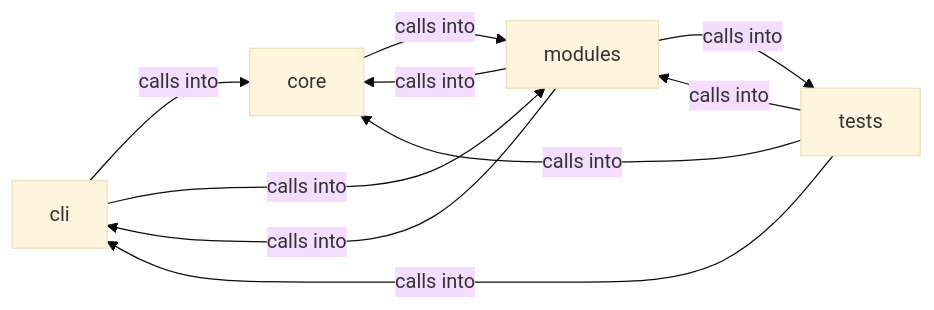
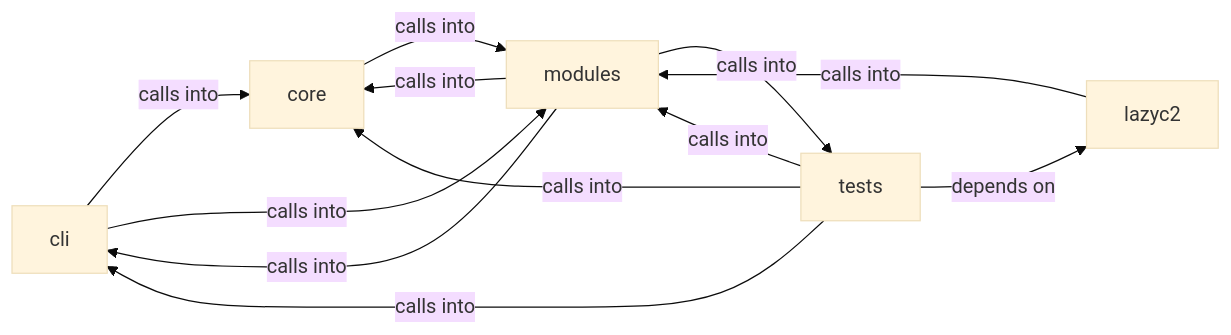
One commit to grisuno/LazyOwn changed the diagram in readmenator-diagrams/modules_lazy_loop.md. Above: the diagram before and after it, drawn with Mermaid (base theme). The commit also changed other lines of this file and 378 other files, not shown here.

````diff
--- a/readmenator-diagrams/modules_lazy_loop.md
+++ b/readmenator-diagrams/modules_lazy_loop.md
@@ -5,16 +5,19 @@
 ```mermaid
 graph LR
     cli["cli"]
     core["core"]
+    lazyc2["lazyc2"]
     modules["modules"]
     tests["tests"]
     cli -- "calls into" --> core
     cli -- "calls into" --> modules
     core -- "calls into" --> modules
+    lazyc2 -- "calls into" --> modules
     modules -- "calls into" --> cli
     modules -- "calls into" --> core
     modules -- "calls into" --> tests
     tests -- "calls into" --> cli
     tests -- "calls into" --> core
+    tests -- "depends on" --> lazyc2
     tests -- "calls into" --> modules
 ```
````
